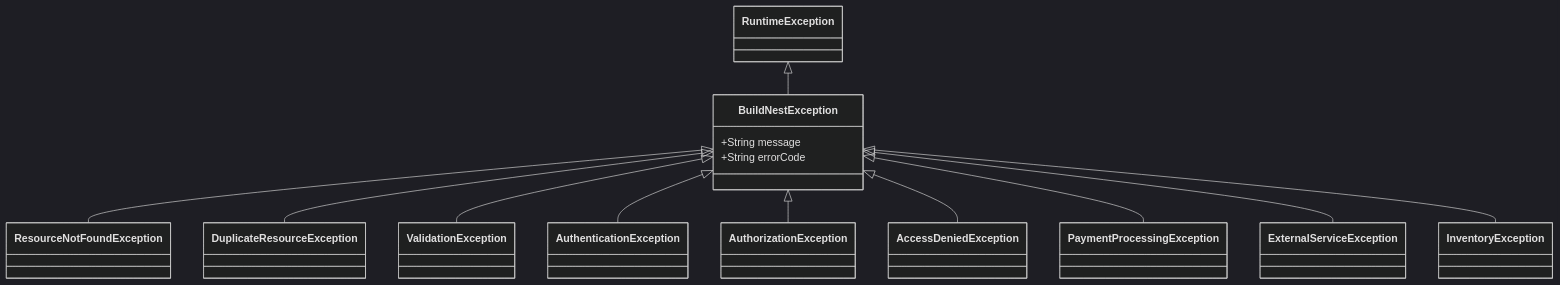
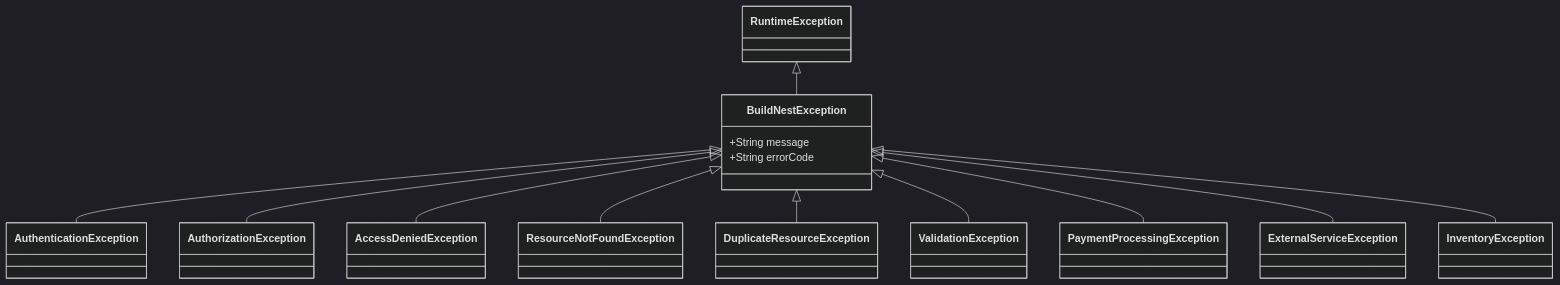
The fourth of 14 diagrams in docs/ISO-IEC-IEEE/SDD_IEEE_1016_2017.md (pradip9096/buildnest-ecommerce-platform), drawn with Mermaid (dark theme) before and after one commit. The commit also changed other lines of this file and 1 other file, not shown here.

Commit message:
docs: exhaustive update of SRS and SDD
SRS: API appendix expanded from 7 to 19 sections (83+ endpoints), added
Product V1/V2, Categories, Wishlist, Review, Password, Order, and full
Admin endpoint listings. Version 2.0 entry added.

SDD: Fixed duplicate pool rows, added FR-REV/FR-WISH/FR-ADM traceability
entries, corrected FR-FE range to 01-30. Version 2.0 entry added.

````diff
--- a/docs/ISO-IEC-IEEE/SDD_IEEE_1016_2017.md
+++ b/docs/ISO-IEC-IEEE/SDD_IEEE_1016_2017.md
@@ -422,27 +423,26 @@
 ```mermaid
 classDiagram
+    direction TB
     class RuntimeException
     class BuildNestException {
         +String message
         +String errorCode
     }
-    class ResourceNotFoundException
-    class DuplicateResourceException
-    class ValidationException
-    class AuthenticationException
-    class AuthorizationException
-    class AccessDeniedException
-    class PaymentProcessingException
-    class ExternalServiceException
-    class InventoryException
+
     RuntimeException <|-- BuildNestException
+
+    %% Security Exceptions
+    BuildNestException <|-- AuthenticationException
+    BuildNestException <|-- AuthorizationException
+    BuildNestException <|-- AccessDeniedException
+
+    %% Data & Validation Exceptions
     BuildNestException <|-- ResourceNotFoundException
     BuildNestException <|-- DuplicateResourceException
     BuildNestException <|-- ValidationException
-    BuildNestException <|-- AuthenticationException
-    BuildNestException <|-- AuthorizationException
-    BuildNestException <|-- AccessDeniedException
+
+    %% Business & Integration Exceptions
     BuildNestException <|-- PaymentProcessingException
     BuildNestException <|-- ExternalServiceException
     BuildNestException <|-- InventoryException
 ```
````
